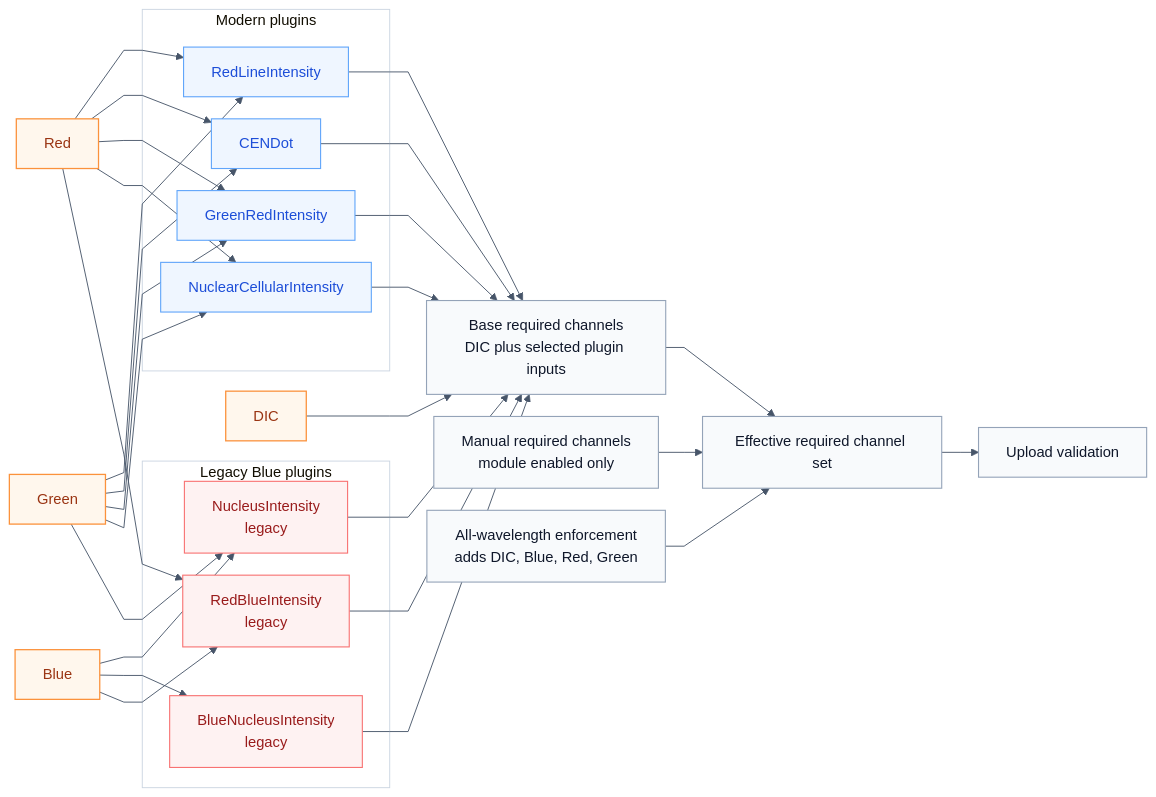
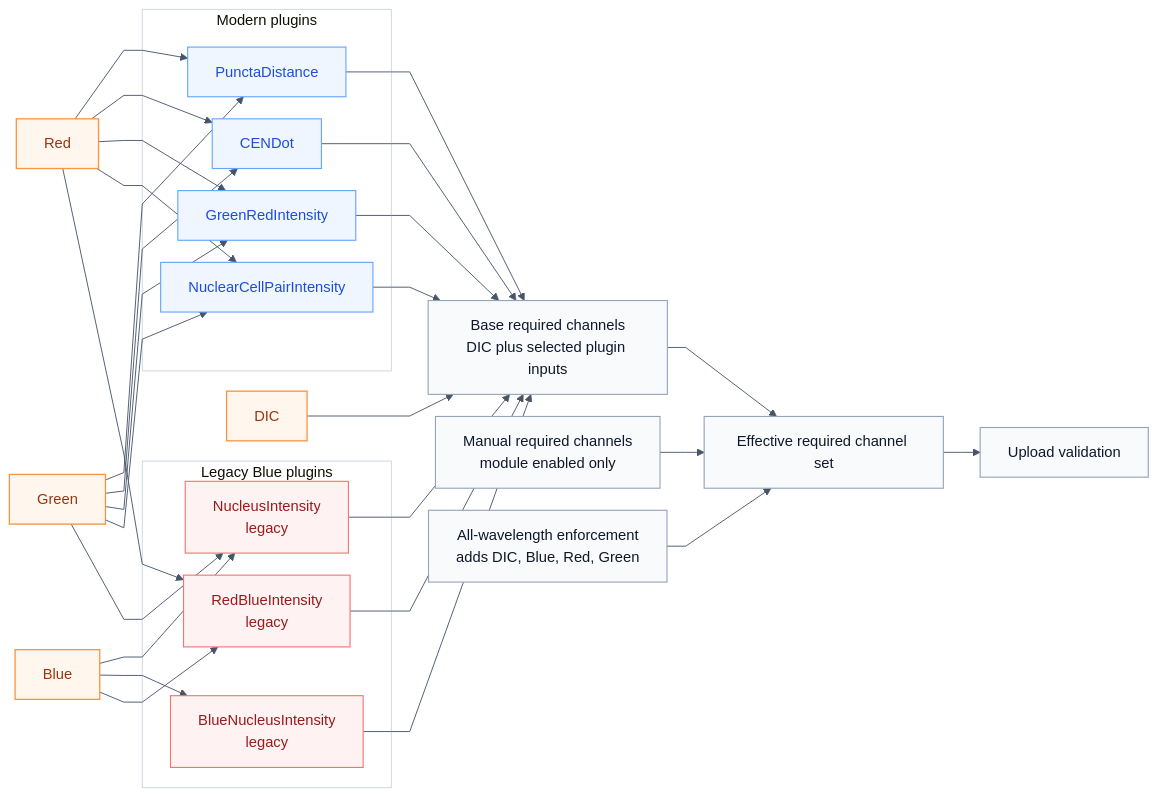
One commit to BrentLagesse/CytoCV changed the diagram in docs/diagrams/05-plugin-channel-map.mmd. Above: the diagram before and after it, drawn with Mermaid. The commit also changed 68 other files, not shown here.

```diff
--- a/docs/diagrams/05-plugin-channel-map.mmd
+++ b/docs/diagrams/05-plugin-channel-map.mmd
@@ -1,62 +1,62 @@
 %%{init: {"theme":"base","themeVariables":{"background":"#ffffff","primaryColor":"#f8fafc","primaryBorderColor":"#94a3b8","primaryTextColor":"#0f172a","secondaryColor":"#eff6ff","tertiaryColor":"#eef2ff","lineColor":"#475569","fontFamily":"Helvetica","fontSize":"16px","clusterBorder":"#cbd5e1","clusterBkg":"#ffffff"},"flowchart":{"htmlLabels":true,"curve":"linear","nodeSpacing":24,"rankSpacing":40}}}%%
 flowchart LR
     classDef channel fill:#fff7ed,stroke:#fb923c,color:#9a3412,stroke-width:1.4px;
     classDef plugin fill:#eff6ff,stroke:#60a5fa,color:#1d4ed8,stroke-width:1.2px;
     classDef legacy fill:#fef2f2,stroke:#f87171,color:#991b1b,stroke-width:1.2px;
     classDef process fill:#f8fafc,stroke:#94a3b8,color:#0f172a,stroke-width:1.2px;
     classDef output fill:#eef2ff,stroke:#818cf8,color:#3730a3,stroke-width:1.2px;
 
     dic[DIC]
     blue[Blue]
     red[Red]
     green[Green]
 
     base[Base required channels<br/>DIC plus selected plugin inputs]
     manual[Manual required channels<br/>module enabled only]
     fullset[All-wavelength enforcement<br/>adds DIC, Blue, Red, Green]
     effective[Effective required channel set]
     validate[Upload validation]
 
     subgraph modern[Modern plugins]
-        p1[RedLineIntensity]
+        p1[PunctaDistance]
         p2[CENDot]
         p3[GreenRedIntensity]
-        p4[NuclearCellularIntensity]
+        p4[NuclearCellPairIntensity]
     end
 
     subgraph legacygroup[Legacy Blue plugins]
         p5[NucleusIntensity<br/>legacy]
         p6[BlueNucleusIntensity<br/>legacy]
         p7[RedBlueIntensity<br/>legacy]
     end
 
     dic --> base
     red --> p1
     green --> p1
     red --> p2
     green --> p2
     red --> p3
     green --> p3
     red --> p4
     green --> p4
     blue --> p5
     green --> p5
     blue --> p6
     red --> p7
     blue --> p7
     p1 --> base
     p2 --> base
     p3 --> base
     p4 --> base
     p5 --> base
     p6 --> base
     p7 --> base
     base --> effective
     manual --> effective
     fullset --> effective
     effective --> validate
 
     class dic,blue,red,green channel
     class base,manual,fullset,effective,validate process
     class p1,p2,p3,p4 plugin
     class p5,p6,p7 legacy
```
